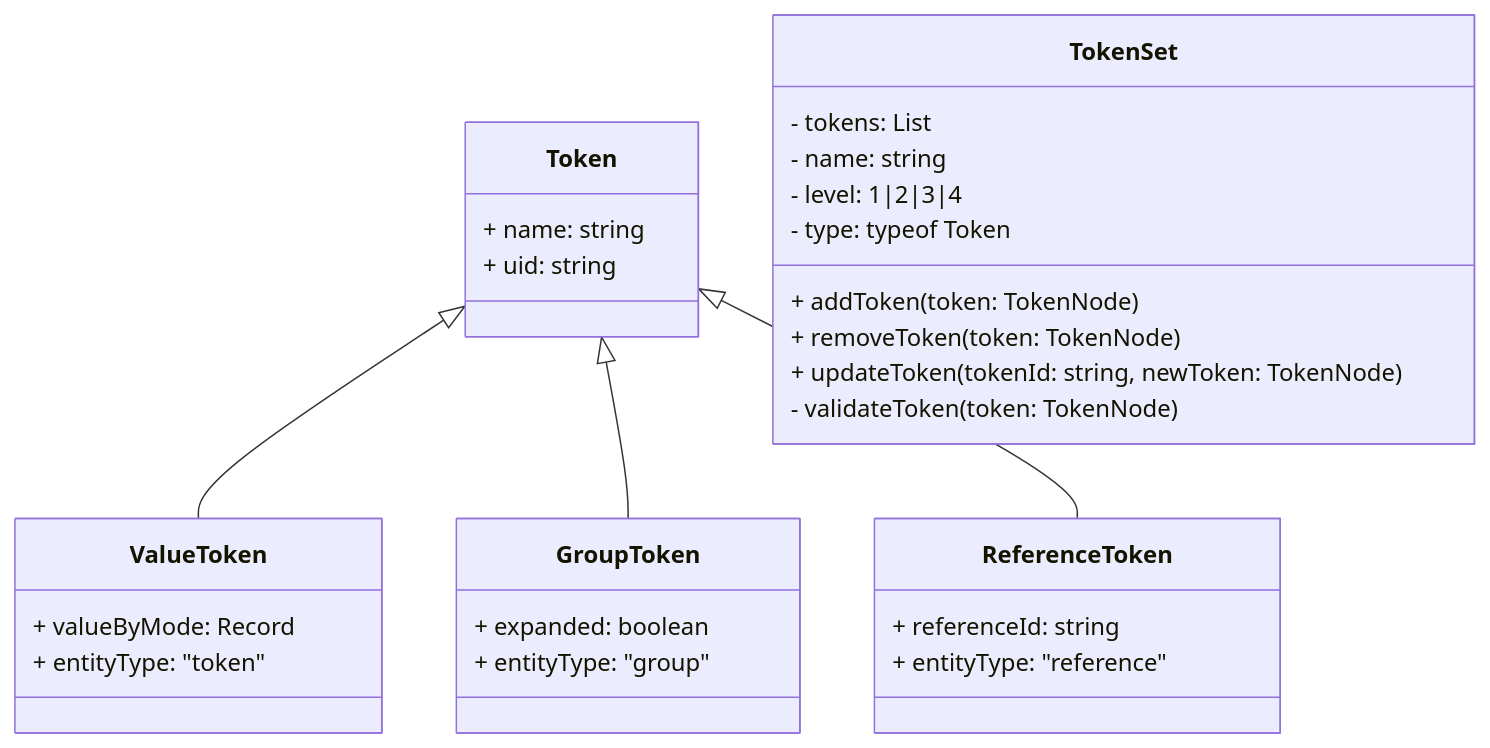
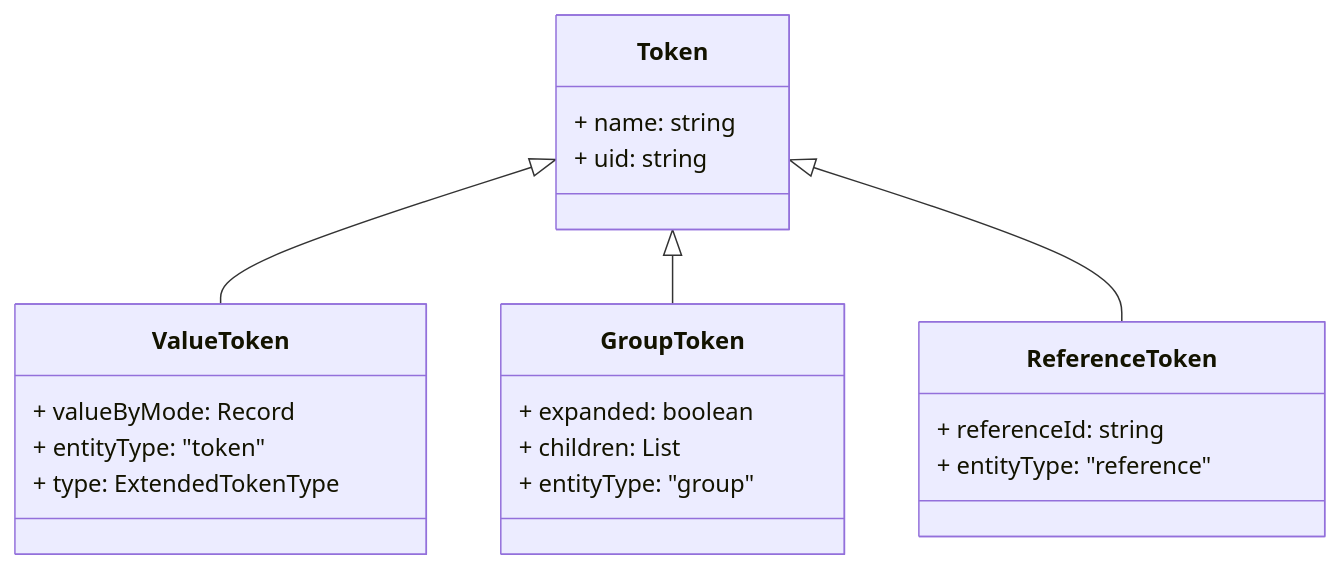
One commit to alanabrahampkochumon-zqict/stacks_figma changed the first of 2 diagrams in diagrams/TokenNode.md. Above: the diagram before and after it, drawn with Mermaid.

Commit message:
docs: update TokenNode diagram

````diff
--- a/diagrams/TokenNode.md
+++ b/diagrams/TokenNode.md
@@ -1,40 +3,30 @@
 ```mermaid
 classDiagram
 class Token {
     + name: string
     + uid: string
 }
 
 Token <|-- ValueToken
 
 class ValueToken {
     + valueByMode: Record<string, ExtendedTokenType>
     + entityType: "token"
+    + type: ExtendedTokenType
 }
 
 Token<|-- GroupToken
 
 class GroupToken {
     + expanded: boolean
+    + children: List<ValueNode|ReferenceNode|TokenNode>
     + entityType: "group"
 }
 
 Token<|-- ReferenceToken
 class ReferenceToken {
     + referenceId: string
     + entityType: "reference"
 }
 
-
-class TokenSet {
-    - tokens: List<Token>
-    - name: string
-    - level: 1|2|3|4
-    - type: typeof Token
-
-    + addToken(token: TokenNode)
-    + removeToken(token: TokenNode)
-    + updateToken(tokenId: string, newToken: TokenNode)
-    - validateToken(token: TokenNode)
-}
 ```
````
